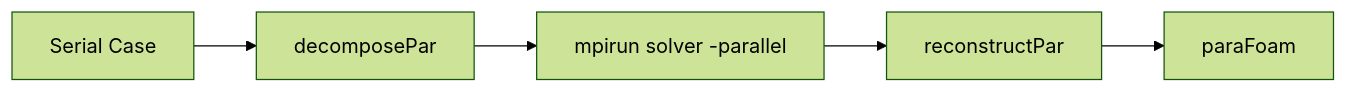
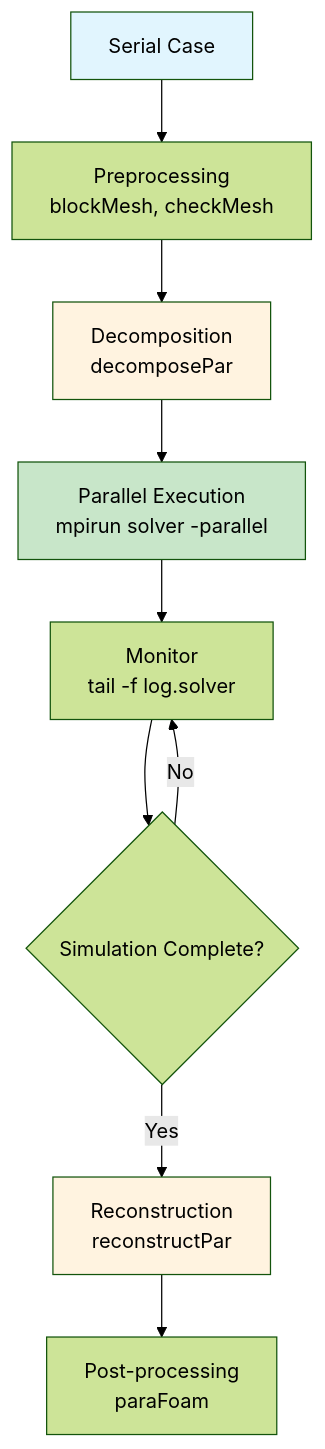
One commit to wramet/build-my-cfd changed the diagram in MODULE_03_SINGLE_PHASE_FLOW/CONTENT/07_ADVANCED_TOPICS/01_High_Performance_Computing.md. Above: the diagram before and after it, drawn with Mermaid (forest theme). The commit also changed other lines of this file and 54 other files, not shown here.

````diff
--- a/MODULE_03_SINGLE_PHASE_FLOW/CONTENT/07_ADVANCED_TOPICS/01_High_Performance_Computing.md
+++ b/MODULE_03_SINGLE_PHASE_FLOW/CONTENT/07_ADVANCED_TOPICS/01_High_Performance_Computing.md
@@ -250,7 +507,16 @@
 ```mermaid
-flowchart LR
-    A[Serial Case] --> B[decomposePar]
-    B --> C[mpirun solver -parallel]
-    C --> D[reconstructPar]
-    D --> E[paraFoam]
+flowchart TD
+    A[Serial Case] --> B[Preprocessing<br/>blockMesh, checkMesh]
+    B --> C[Decomposition<br/>decomposePar]
+    C --> D[Parallel Execution<br/>mpirun solver -parallel]
+    D --> E[Monitor<br/>tail -f log.solver]
+    E --> F{Simulation Complete?}
+    F -->|No| E
+    F -->|Yes| G[Reconstruction<br/>reconstructPar]
+    G --> H[Post-processing<br/>paraFoam]
+    
+    style A fill:#e1f5fe
+    style C fill:#fff3e0
+    style D fill:#c8e6c9
+    style G fill:#fff3e0
 ```
````
